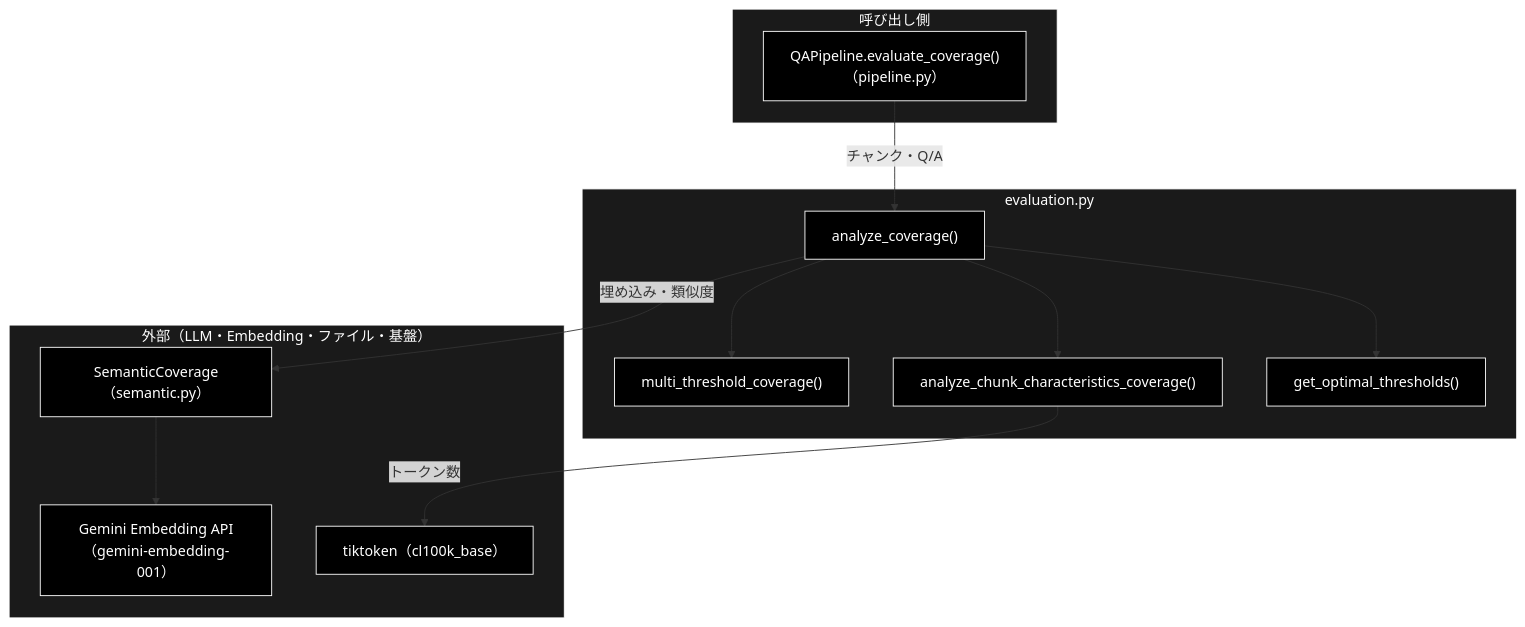
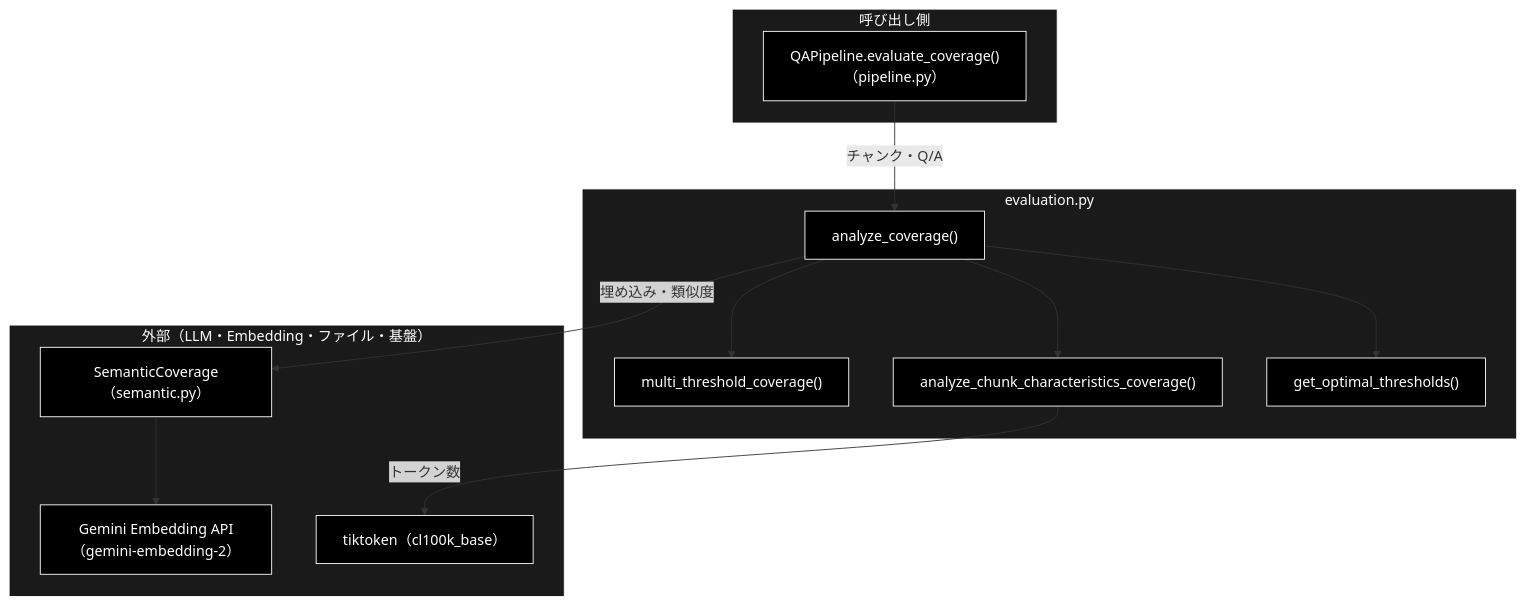
One commit to nakashima2toshio/grace_v2 changed the first of 7 diagrams in qa_generation/docs/evaluation.md. Above: the diagram before and after it, drawn with Mermaid. The commit also changed other lines of this file and 45 other files, not shown here.

First line of the commit message:
docs: 現在の Embedding の記述を gemini-embedding-2 へ是正（約 40 文書）

````diff
--- a/qa_generation/docs/evaluation.md
+++ b/qa_generation/docs/evaluation.md
@@ -59,30 +59,30 @@
 ```mermaid
 flowchart TB
     subgraph CALLER["呼び出し側"]
         PIPE["QAPipeline.evaluate_coverage()（pipeline.py）"]
     end
     subgraph TARGET["evaluation.py"]
         AC["analyze_coverage()"]
         MT["multi_threshold_coverage()"]
         CC["analyze_chunk_characteristics_coverage()"]
         GT["get_optimal_thresholds()"]
     end
     subgraph EXTERNAL["外部（LLM・Embedding・ファイル・基盤）"]
         SC["SemanticCoverage（semantic.py）"]
-        EMB["Gemini Embedding API（gemini-embedding-001）"]
+        EMB["Gemini Embedding API（gemini-embedding-2）"]
         TIK["tiktoken（cl100k_base）"]
     end
     PIPE -->|"チャンク・Q/A"| AC
     AC --> GT
     AC --> MT
     AC --> CC
     AC -->|"埋め込み・類似度"| SC
     SC --> EMB
     CC -->|"トークン数"| TIK
 classDef default fill:#000,stroke:#fff,color:#fff
 classDef subgraphStyle fill:#1a1a1a,stroke:#fff,color:#fff
 class PIPE,AC,MT,CC,GT,SC,EMB,TIK default
 style CALLER fill:#1a1a1a,stroke:#fff,color:#fff
 style TARGET fill:#1a1a1a,stroke:#fff,color:#fff
 style EXTERNAL fill:#1a1a1a,stroke:#fff,color:#fff
 ```
````
